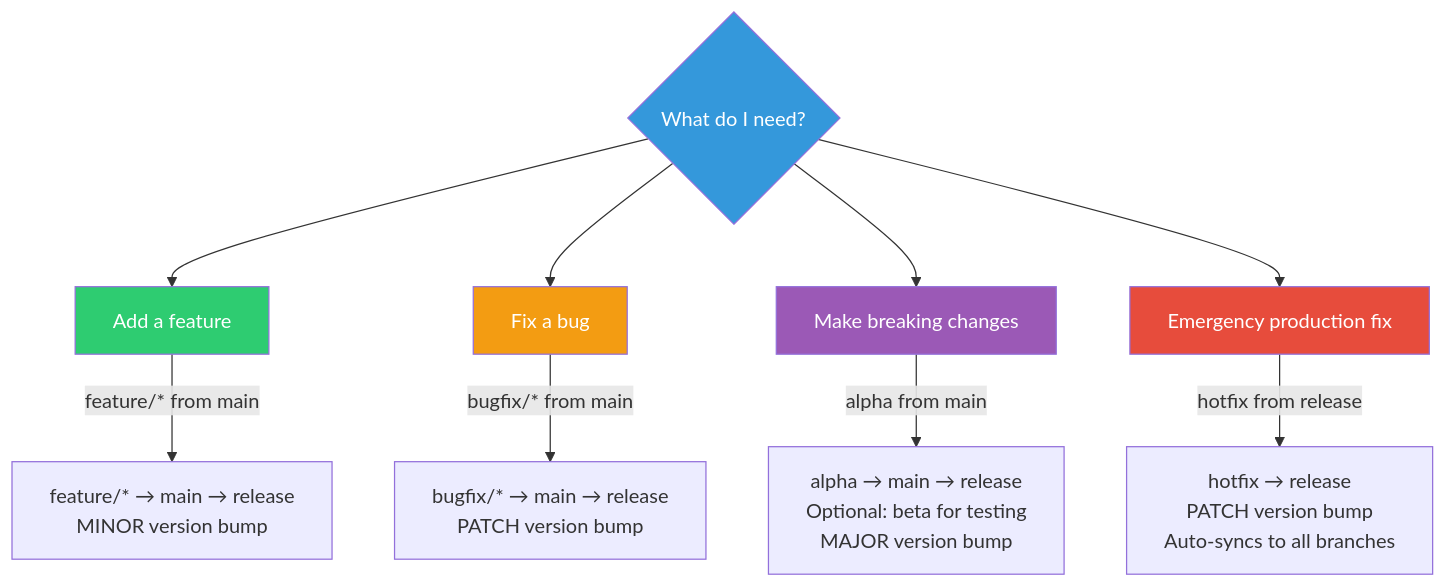
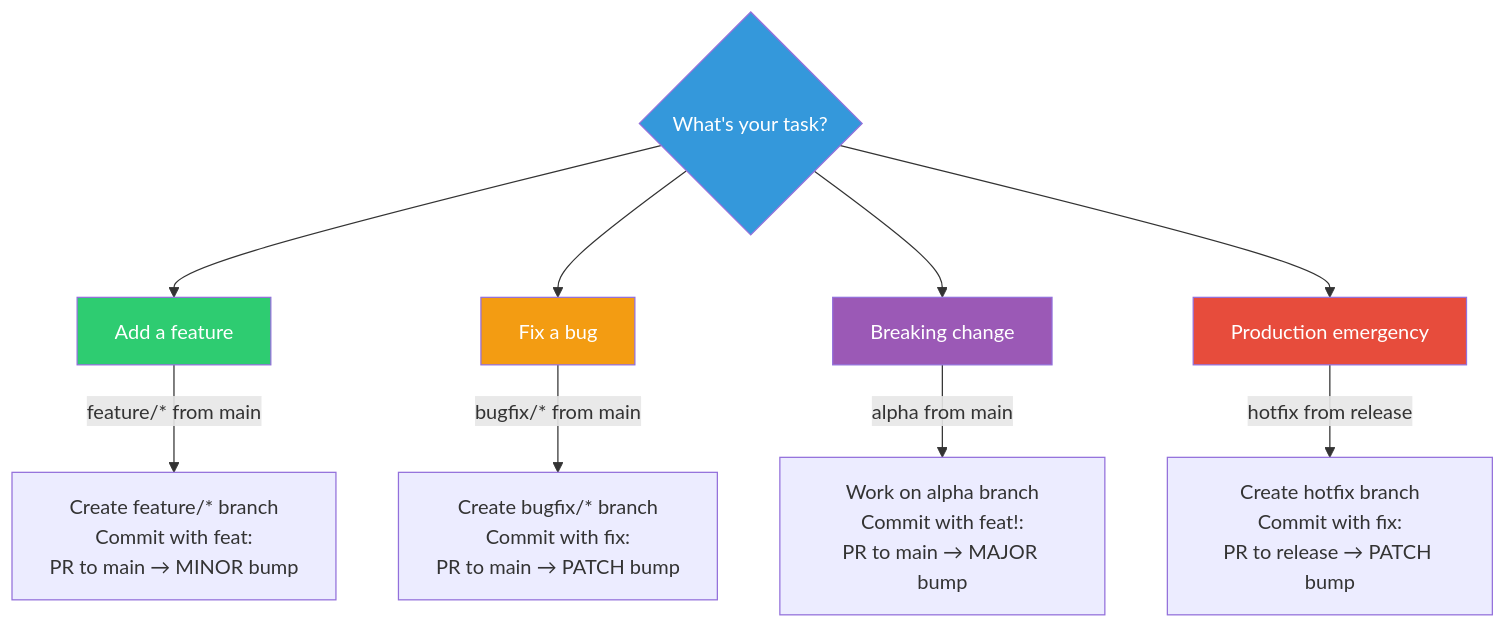
The diagram in docs/git-auto-release/QUICK_REFERENCE.md (CodeOOf/Git-Auto-Release), drawn with Mermaid before and after one commit. The commit also changed other lines of this file and 6 other files, not shown here.

````diff
--- a/docs/git-auto-release/QUICK_REFERENCE.md
+++ b/docs/git-auto-release/QUICK_REFERENCE.md
@@ -13,25 +14,25 @@
 ```mermaid
 flowchart TD
-    Start{What do I need?}
+    Start{What's your task?}
     
     Feature[Add a feature]
     Bug[Fix a bug]
-    Breaking[Make breaking changes]
-    Emergency[Emergency production fix]
+    Breaking[Breaking change]
+    Emergency[Production emergency]
     
     Start --> Feature
     Start --> Bug
     Start --> Breaking
     Start --> Emergency
     
-    Feature -->|feature/* from main| FeatureFlow[feature/* → main → release<br/>MINOR version bump]
-    Bug -->|bugfix/* from main| BugFlow[bugfix/* → main → release<br/>PATCH version bump]
-    Breaking -->|alpha from main| BreakingFlow[alpha → main → release<br/>Optional: beta for testing<br/>MAJOR version bump]
-    Emergency -->|hotfix from release| EmergencyFlow[hotfix → release<br/>PATCH version bump<br/>Auto-syncs to all branches]
+    Feature -->|feature/* from main| FeatureFlow[Create feature/* branch<br/>Commit with feat:<br/>PR to main → MINOR bump]
+    Bug -->|bugfix/* from main| BugFlow[Create bugfix/* branch<br/>Commit with fix:<br/>PR to main → PATCH bump]
+    Breaking -->|alpha from main| BreakingFlow[Work on alpha branch<br/>Commit with feat!:<br/>PR to main → MAJOR bump]
+    Emergency -->|hotfix from release| EmergencyFlow[Create hotfix branch<br/>Commit with fix:<br/>PR to release → PATCH bump]
     
     style Start fill:#3498db,color:#fff
     style Feature fill:#2ecc71,color:#fff
     style Bug fill:#f39c12,color:#fff
     style Breaking fill:#9b59b6,color:#fff
     style Emergency fill:#e74c3c,color:#fff
 ```
````
